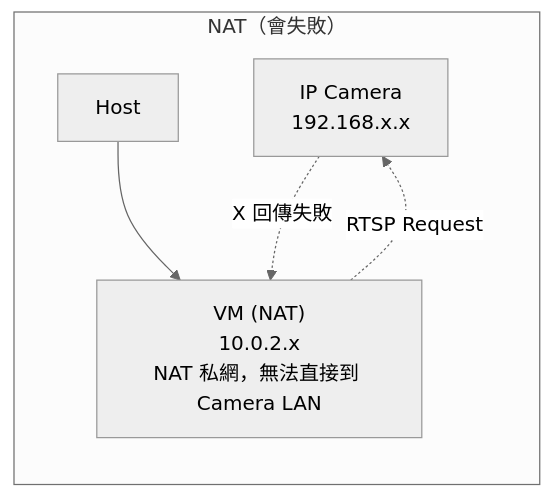
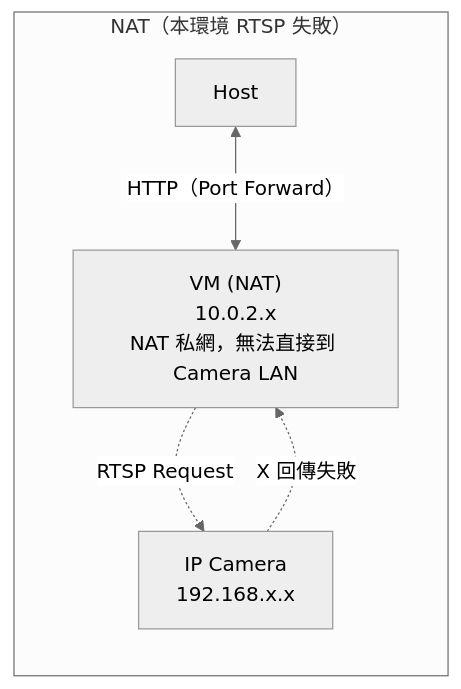
The fourth of 5 diagrams in docs/system-report.md (raylei50653/lab), drawn with Mermaid (neutral theme) before and after one commit. The commit also changed other lines of this file, not shown here.

````diff
--- a/docs/system-report.md
+++ b/docs/system-report.md
@@ -186,12 +186,12 @@
 ```mermaid
 flowchart LR
-    subgraph NAT["NAT（會失敗）"]
+    subgraph NAT["NAT（本環境 RTSP 失敗）"]
+        HOST_N["Host"]
+        VM_N["VM (NAT)\n10.0.2.x\nNAT 私網，無法直接到 Camera LAN"]
         CAM_N["IP Camera\n192.168.x.x"]
-        VM_N["VM (NAT)\n10.0.2.x\nNAT 私網，無法直接到 Camera LAN"]
-        HOST_N["Host"]
 
-        HOST_N --> VM_N
-        VM_N -. RTSP Request .-> CAM_N
-        CAM_N -. X 回傳失敗 .-> VM_N
+        HOST_N <-->|HTTP（Port Forward）| VM_N
+        VM_N -. "RTSP Request" .-> CAM_N
+        CAM_N -. "X 回傳失敗" .-> VM_N
     end
 ```
````
